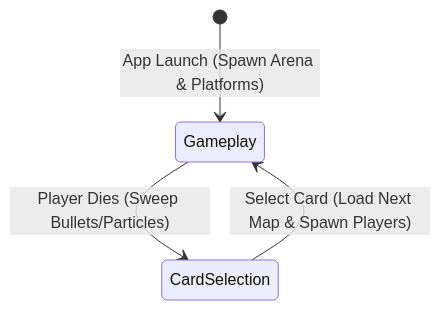
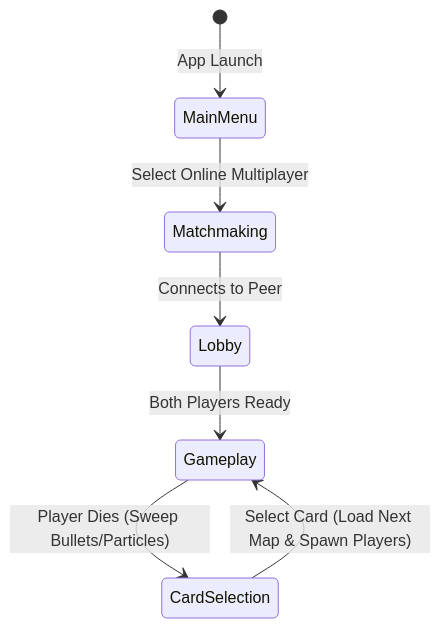
The diagram in project.md (jordandurfee902/rounds_squared), drawn with Mermaid before and after one commit. The commit also changed other lines of this file and 3 other files, not shown here.

````diff
--- a/project.md
+++ b/project.md
@@ -11,6 +11,9 @@
 ```mermaid
 stateDiagram-v2
-    [*] --> Gameplay : App Launch (Spawn Arena & Platforms)
+    [*] --> MainMenu : App Launch
+    MainMenu --> Matchmaking : Select Online Multiplayer
+    Matchmaking --> Lobby : Connects to Peer
+    Lobby --> Gameplay : Both Players Ready
     Gameplay --> CardSelection : Player Dies (Sweep Bullets/Particles)
     CardSelection --> Gameplay : Select Card (Load Next Map & Spawn Players)
 ```
````
